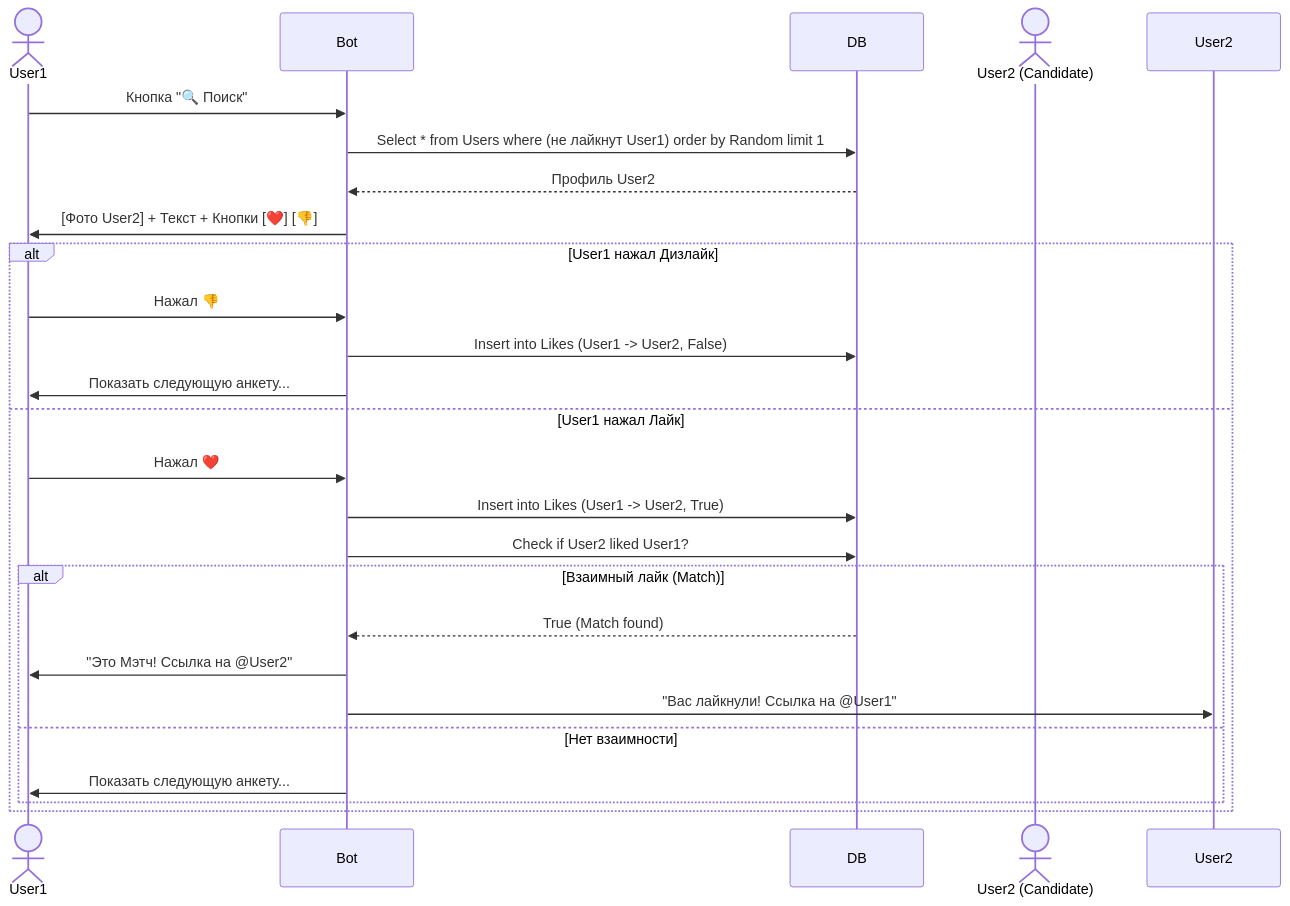
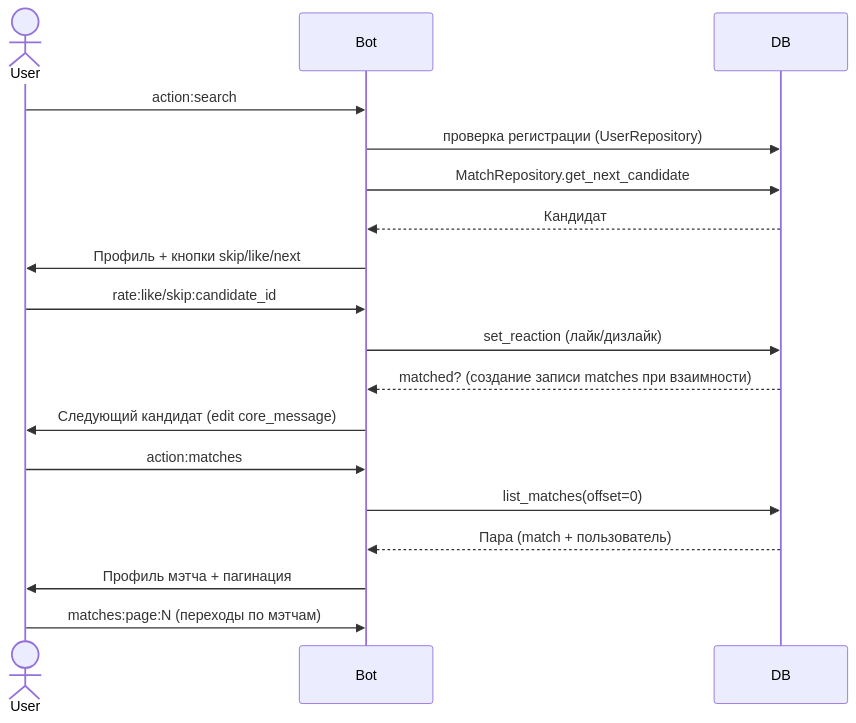
One commit to fpetrov/DateMate changed the fourth of 4 diagrams in Python_Project.md. Above: the diagram before and after it, drawn with Mermaid. The commit also changed other lines of this file, not shown here.

Commit message:
Update documentation for current bot flow

````diff
--- a/Python_Project.md
+++ b/Python_Project.md
@@ -145,30 +186,23 @@
 ```mermaid
 sequenceDiagram
-    actor User1
+    actor User
     participant Bot
     participant DB
-    actor User2 (Candidate)
 
-    User1->>Bot: Кнопка "🔍 Поиск"
-    Bot->>DB: Select * from Users where (не лайкнут User1) order by Random limit 1
-    DB-->>Bot: Профиль User2
-    Bot->>User1: [Фото User2] + Текст + Кнопки [❤️] [👎]
-    
-    alt User1 нажал Дизлайк
-        User1->>Bot: Нажал 👎
-        Bot->>DB: Insert into Likes (User1 -> User2, False)
-        Bot->>User1: Показать следующую анкету...
-    else User1 нажал Лайк
-        User1->>Bot: Нажал ❤️
-        Bot->>DB: Insert into Likes (User1 -> User2, True)
-        Bot->>DB: Check if User2 liked User1?
-        
-        alt Взаимный лайк (Match)
-            DB-->>Bot: True (Match found)
-            Bot->>User1: "Это Мэтч! Ссылка на @User2"
-            Bot->>User2: "Вас лайкнули! Ссылка на @User1"
-        else Нет взаимности
-            Bot->>User1: Показать следующую анкету...
-        end
-    end
+    User->>Bot: action:search
+    Bot->>DB: проверка регистрации (UserRepository)
+    Bot->>DB: MatchRepository.get_next_candidate
+    DB-->>Bot: Кандидат
+    Bot->>User: Профиль + кнопки skip/like/next
+
+    User->>Bot: rate:like/skip:candidate_id
+    Bot->>DB: set_reaction (лайк/дизлайк)
+    DB-->>Bot: matched? (создание записи matches при взаимности)
+    Bot->>User: Следующий кандидат (edit core_message)
+
+    User->>Bot: action:matches
+    Bot->>DB: list_matches(offset=0)
+    DB-->>Bot: Пара (match + пользователь)
+    Bot->>User: Профиль мэтча + пагинация
+    User->>Bot: matches:page:N (переходы по мэтчам)
 ```
````
